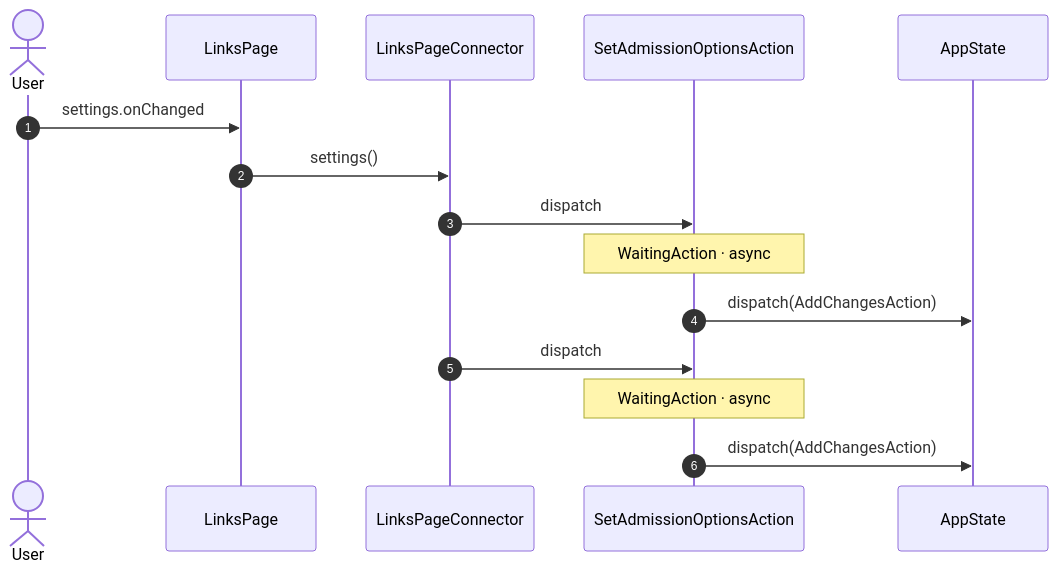
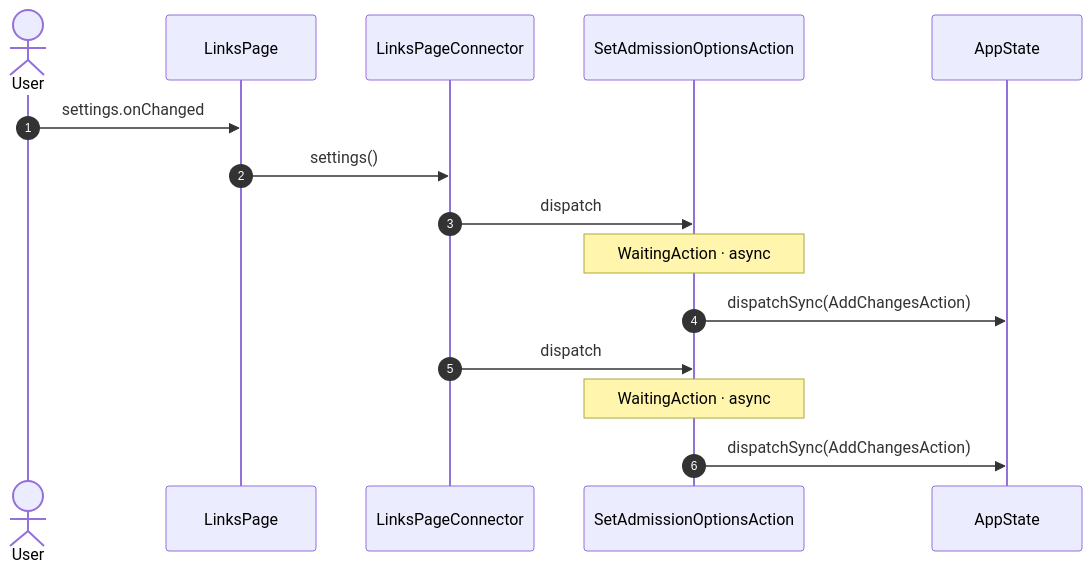
Before and after one commit to gencto/wyrm: the first of 8 diagrams in studio/docs/flows/links.md, drawn with Mermaid. The commit also changed 306 other files, not shown here.

````diff
--- a/studio/docs/flows/links.md
+++ b/studio/docs/flows/links.md
@@ -9,18 +9,18 @@
 ```mermaid
 sequenceDiagram
     autonumber
     actor User
     participant UI as LinksPage
     participant VM as LinksPageConnector
     participant A1 as SetAdmissionOptionsAction
     participant ST as AppState
 
     User->>UI: settings.onChanged
     UI->>VM: settings()
     VM->>A1: dispatch
     Note over A1: WaitingAction · async
-    A1->>ST: dispatch(AddChangesAction)
+    A1->>ST: dispatchSync(AddChangesAction)
     VM->>A1: dispatch
     Note over A1: WaitingAction · async
-    A1->>ST: dispatch(AddChangesAction)
+    A1->>ST: dispatchSync(AddChangesAction)
 ```
````
